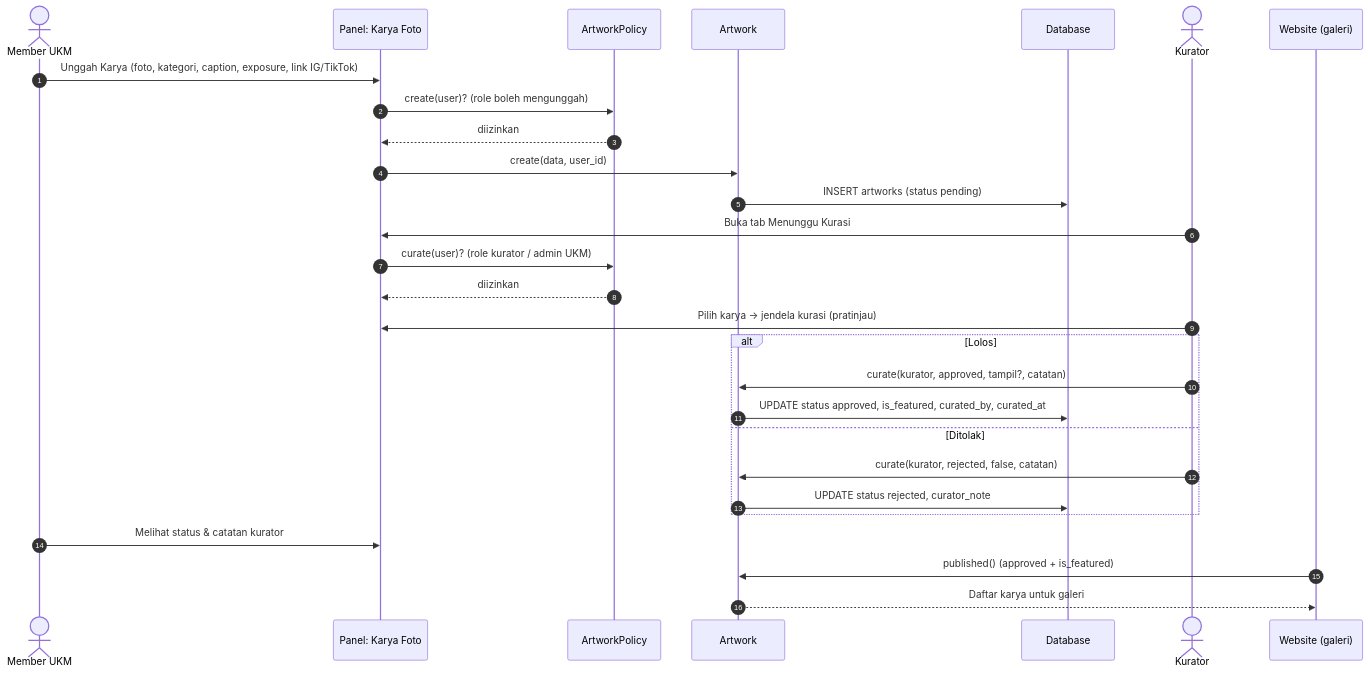
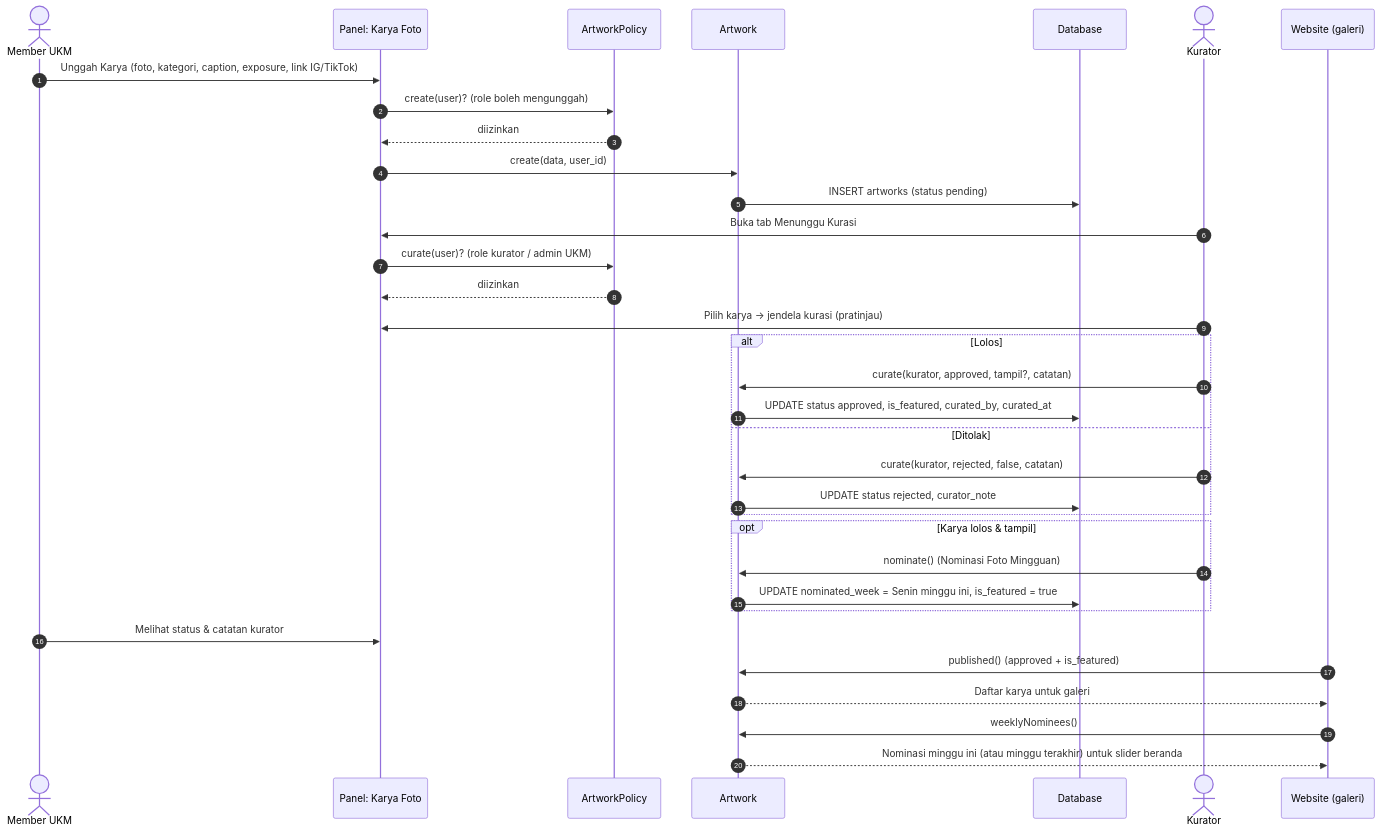
One commit to alwi-web/UKM-PHOTOHRAPHY-UNIVERSITAS-PANCASILA changed the eighth of 9 diagrams in docs/uml.md. Above: the diagram before and after it, drawn with Mermaid. The commit also changed other lines of this file and 12 other files, not shown here.

First line of the commit message:
docs: perbarui UML dan ERD (nominasi foto mingguan, pencarian karya, panel per peran)

````diff
--- a/docs/uml.md
+++ b/docs/uml.md
@@ -292,31 +303,37 @@
 ```mermaid
 sequenceDiagram
     autonumber
     actor M as Member UKM
     participant F as Panel: Karya Foto
     participant AP as ArtworkPolicy
     participant A as Artwork
     participant DB as Database
     actor K as Kurator
     participant W as Website (galeri)
 
     M->>F: Unggah Karya (foto, kategori, caption, exposure, link IG/TikTok)
     F->>AP: create(user)? (role boleh mengunggah)
     AP-->>F: diizinkan
     F->>A: create(data, user_id)
     A->>DB: INSERT artworks (status pending)
     K->>F: Buka tab Menunggu Kurasi
     F->>AP: curate(user)? (role kurator / admin UKM)
     AP-->>F: diizinkan
     K->>F: Pilih karya → jendela kurasi (pratinjau)
     alt Lolos
         K->>A: curate(kurator, approved, tampil?, catatan)
         A->>DB: UPDATE status approved, is_featured, curated_by, curated_at
     else Ditolak
         K->>A: curate(kurator, rejected, false, catatan)
         A->>DB: UPDATE status rejected, curator_note
     end
+    opt Karya lolos & tampil
+        K->>A: nominate() (Nominasi Foto Mingguan)
+        A->>DB: UPDATE nominated_week = Senin minggu ini, is_featured = true
+    end
     M->>F: Melihat status & catatan kurator
     W->>A: published() (approved + is_featured)
     A-->>W: Daftar karya untuk galeri
+    W->>A: weeklyNominees()
+    A-->>W: Nominasi minggu ini (atau minggu terakhir) untuk slider beranda
 ```
````
